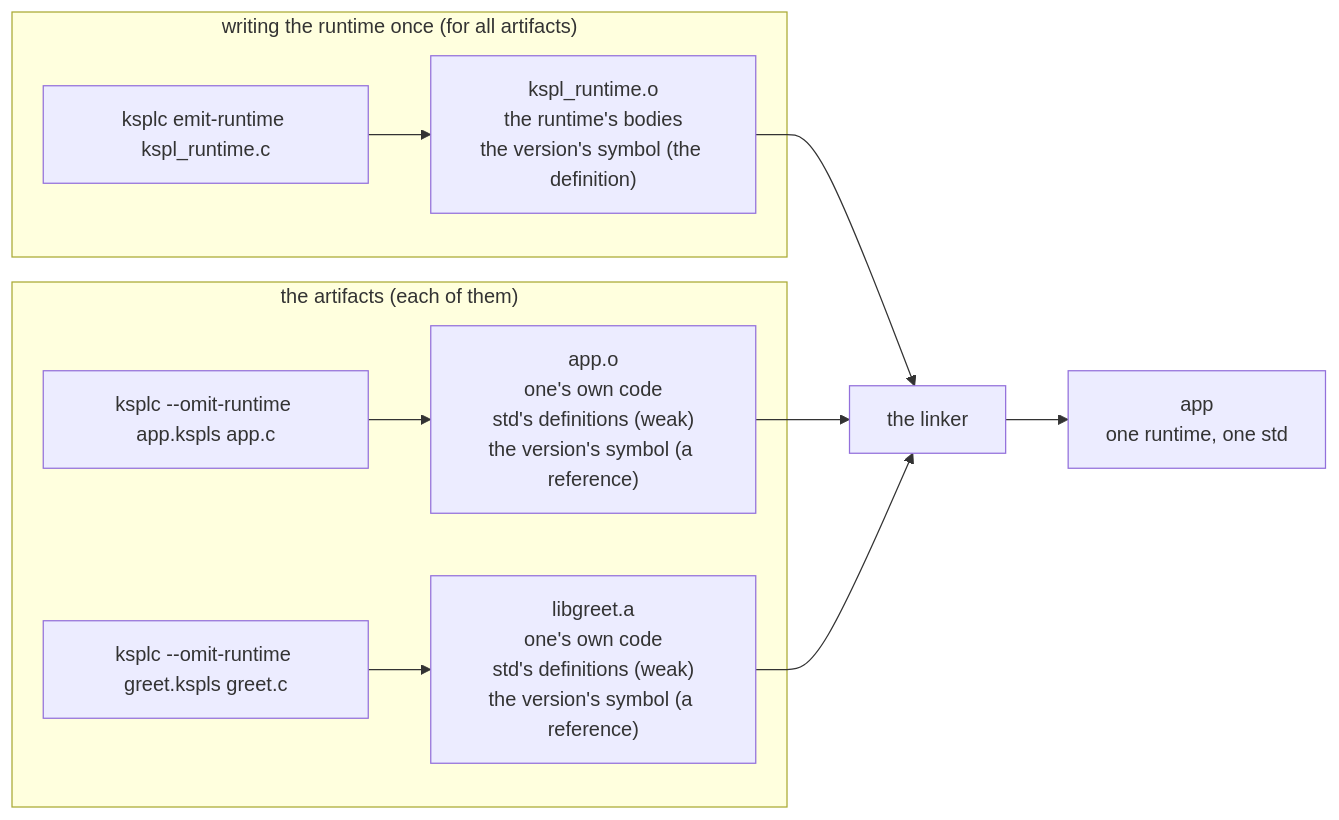
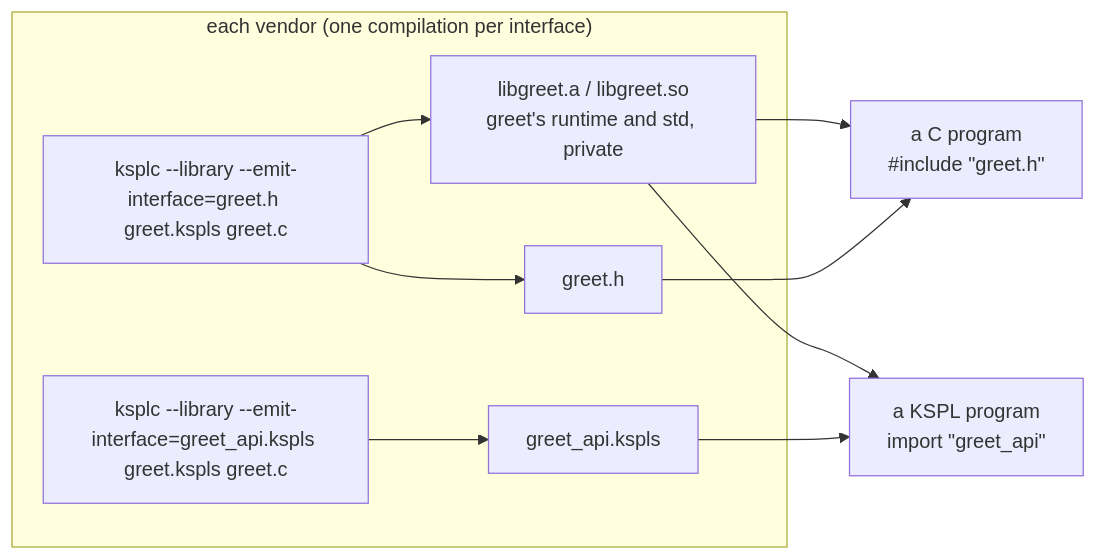
Before and after one commit to kansosystem-org/kspl-experimental: the second of 2 diagrams in ksplc/docs/SPEC-tools.md, drawn with Mermaid. The commit also changed other lines of this file and 960 other files, not shown here.

````diff
--- a/ksplc/docs/SPEC-tools.md
+++ b/ksplc/docs/SPEC-tools.md
@@ -386,14 +383,12 @@
 ```mermaid
 flowchart LR
-    subgraph P["writing the runtime once (for all artifacts)"]
-        ER["ksplc emit-runtime kspl_runtime.c"] --> RO["kspl_runtime.o<br/>the runtime's bodies<br/>the version's symbol (the definition)"]
+    subgraph V["each vendor (one compilation per interface)"]
+        G["ksplc --library --emit-interface=greet.h greet.kspls greet.c"] --> GA["libgreet.a / libgreet.so<br/>greet's runtime and std, private"]
+        G --> GH["greet.h"]
+        K["ksplc --library --emit-interface=greet_api.kspls greet.kspls greet.c"] --> GK["greet_api.kspls"]
     end
-    subgraph U["the artifacts (each of them)"]
-        A["ksplc --omit-runtime app.kspls app.c"] --> AO["app.o<br/>one's own code<br/>std's definitions (weak)<br/>the version's symbol (a reference)"]
-        B["ksplc --omit-runtime greet.kspls greet.c"] --> BO["libgreet.a<br/>one's own code<br/>std's definitions (weak)<br/>the version's symbol (a reference)"]
-    end
-    RO --> L["the linker"]
-    AO --> L
-    BO --> L
-    L --> EXE["app<br/>one runtime, one std"]
+    GA --> C["a C program<br/>#include &quot;greet.h&quot;"]
+    GH --> C
+    GA --> P["a KSPL program<br/>import &quot;greet_api&quot;"]
+    GK --> P
 ```
````
